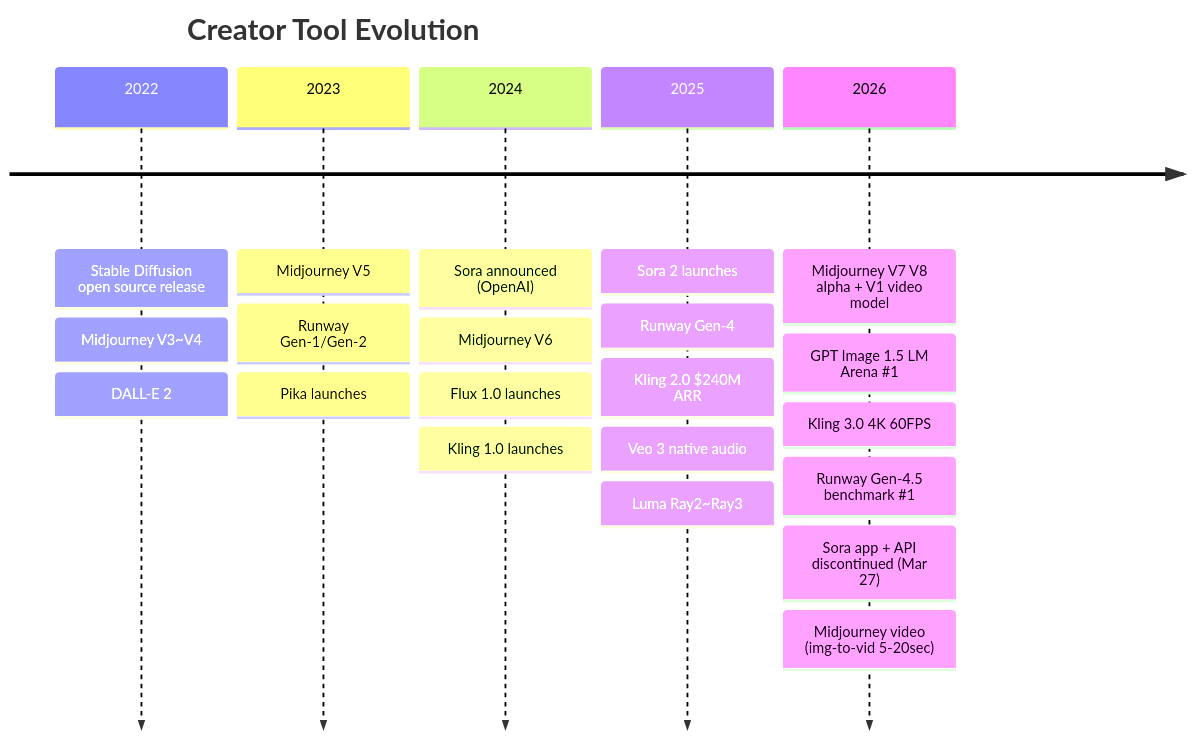
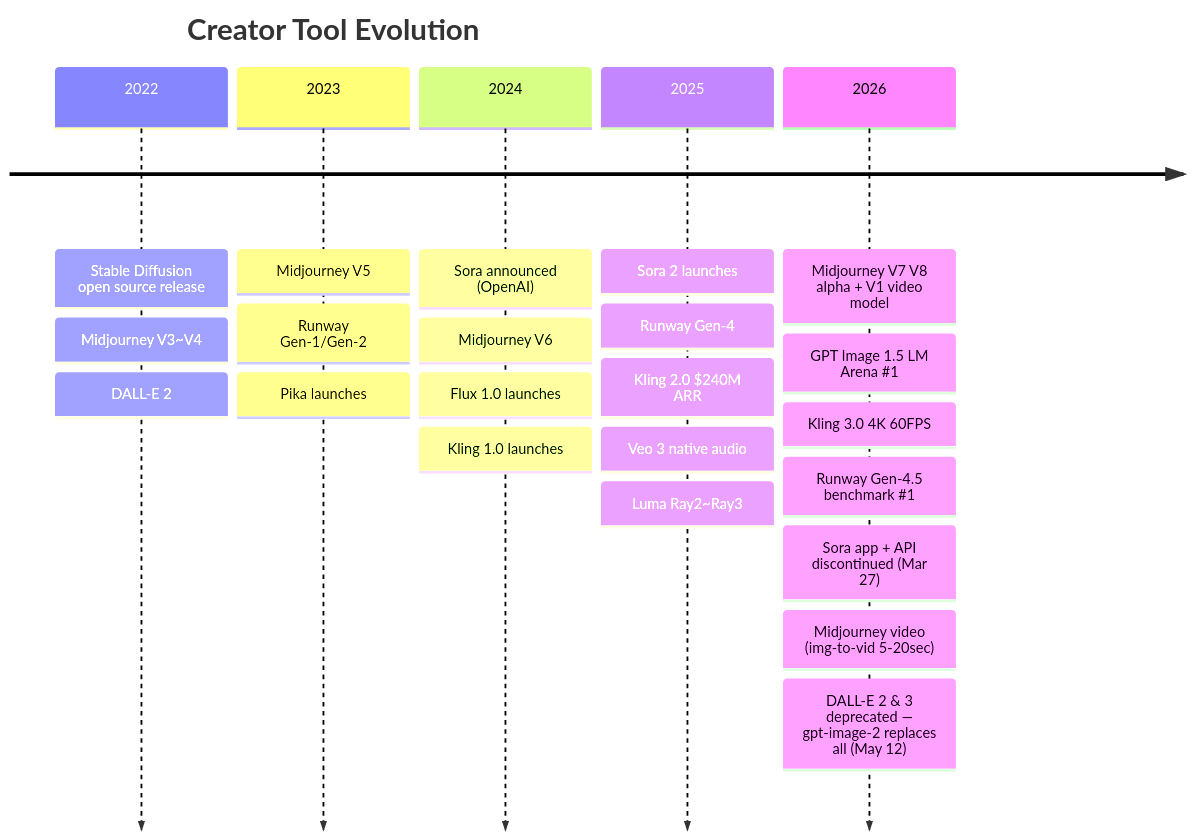
Before and after one commit to tykimos/ai-whatchelin: the eighth of 11 diagrams in README.md, drawn with Mermaid. The commit also changed other lines of this file and 4 other files, not shown here.

````diff
--- a/README.md
+++ b/README.md
@@ -820,25 +825,26 @@
 ```mermaid
 timeline
     title Creator Tool Evolution
     2022 : Stable Diffusion open source release
          : Midjourney V3~V4
          : DALL-E 2
     2023 : Midjourney V5
          : Runway Gen-1/Gen-2
          : Pika launches
     2024 : Sora announced (OpenAI)
          : Midjourney V6
          : Flux 1.0 launches
          : Kling 1.0 launches
     2025 : Sora 2 launches
          : Runway Gen-4
          : Kling 2.0 $240M ARR
          : Veo 3 native audio
          : Luma Ray2~Ray3
     2026 : Midjourney V7 V8 alpha + V1 video model
          : GPT Image 1.5 LM Arena #1
          : Kling 3.0 4K 60FPS
          : Runway Gen-4.5 benchmark #1
          : Sora app + API discontinued (Mar 27)
          : Midjourney video (img-to-vid 5-20sec)
+         : DALL-E 2 & 3 deprecated — gpt-image-2 replaces all (May 12)
 ```
````
